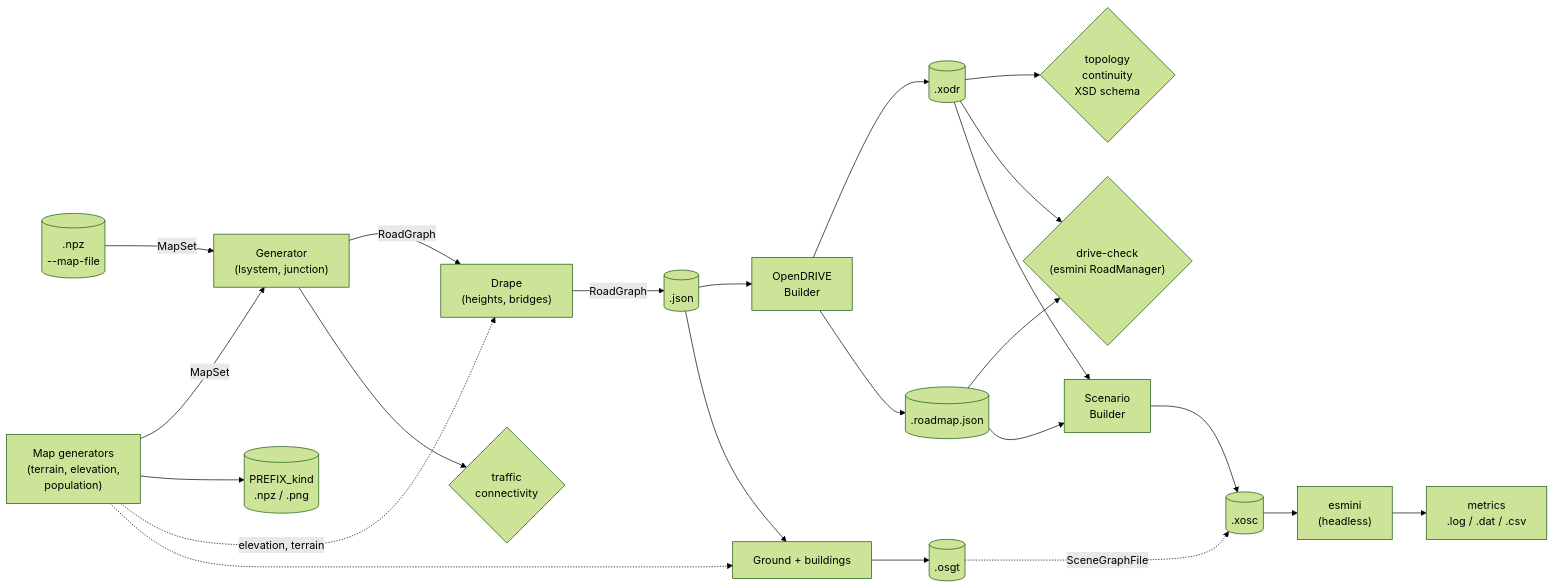
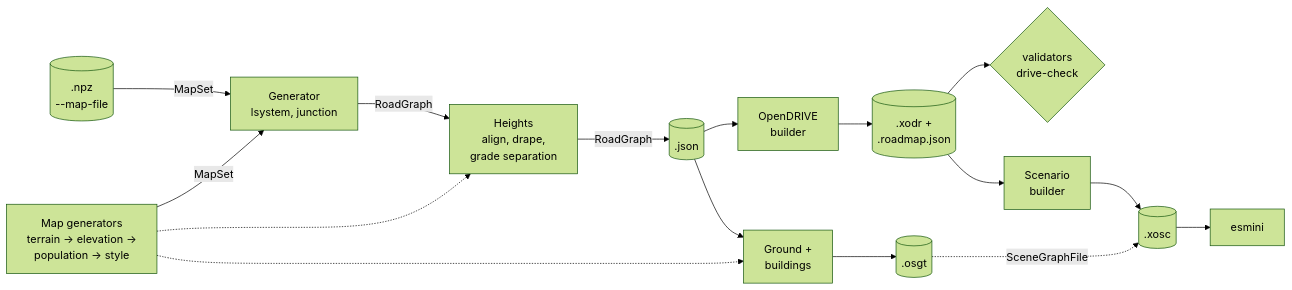
Before and after one commit to Cydonia01/Procedural-Road-Network-Generation: the diagram in docs/architecture.md, drawn with Mermaid (forest theme). The commit also changed other lines of this file and 24 other files, not shown here.

````diff
--- a/docs/architecture.md
+++ b/docs/architecture.md
@@ -13,22 +10,15 @@
 ```mermaid
 flowchart LR
-    MP["Map generators<br/>(terrain, elevation,<br/>population)"] -->|MapSet| G
-    MI[(".npz<br/>--map-file")] -->|MapSet| G
-    MP --> MF[("PREFIX_kind<br/>.npz / .png")]
-    G["Generator<br/>(lsystem, junction)"] -->|RoadGraph| DR["Drape<br/>(heights, bridges)"]
-    MP -.elevation, terrain.-> DR
-    DR -->|RoadGraph| J[(".json")]
-    G --> C{"traffic<br/>connectivity"}
-    J --> B["OpenDRIVE<br/>Builder"]
-    B --> X[(".xodr")]
-    B --> M[(".roadmap.json")]
-    X --> V{"topology<br/>continuity<br/>XSD schema"}
-    X & M --> D{"drive-check<br/>(esmini RoadManager)"}
-    X & M --> S["Scenario<br/>Builder"]
-    S --> O[(".xosc")]
-    O --> E["esmini<br/>(headless)"]
-    E --> R["metrics<br/>.log / .dat / .csv"]
-    J --> BL["Ground + buildings"] --> OS[(".osgt")]
-    MP -.-> BL
+    MP["Map generators<br/>terrain → elevation →<br/>population → style"] -->|MapSet| G
+    MF[(".npz<br/>--map-file")] -->|MapSet| G
+    G["Generator<br/>lsystem, junction"] -->|RoadGraph| H["Heights<br/>align, drape,<br/>grade separation"]
+    MP -.-> H
+    H -->|RoadGraph| J[(".json")]
+    J --> B["OpenDRIVE<br/>builder"]
+    B --> X[(".xodr +<br/>.roadmap.json")]
+    X --> V{"validators<br/>drive-check"}
+    X --> S["Scenario<br/>builder"] --> O[(".xosc")] --> E["esmini"]
+    J --> SC["Ground +<br/>buildings"] --> OS[(".osgt")]
+    MP -.-> SC
     OS -.SceneGraphFile.-> O
 ```
````
